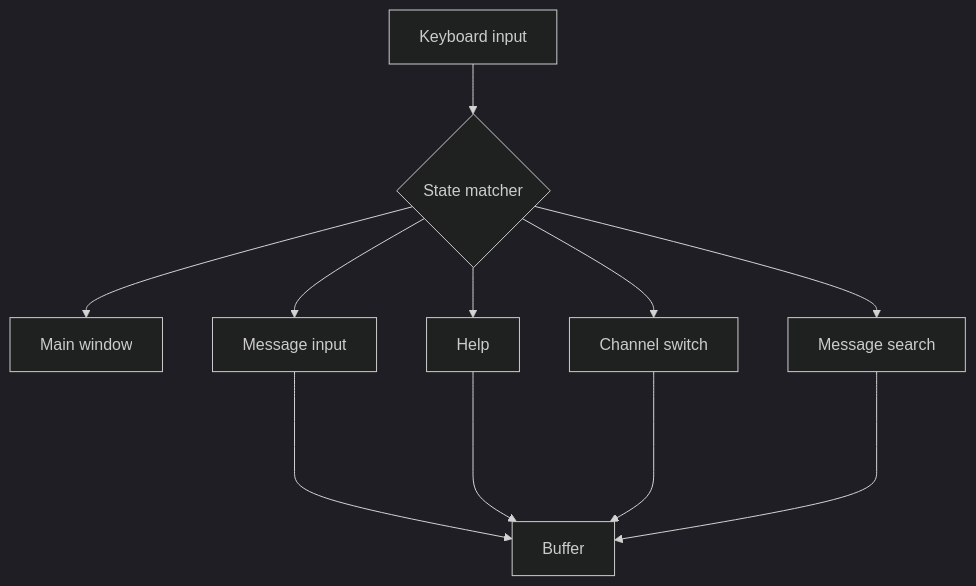
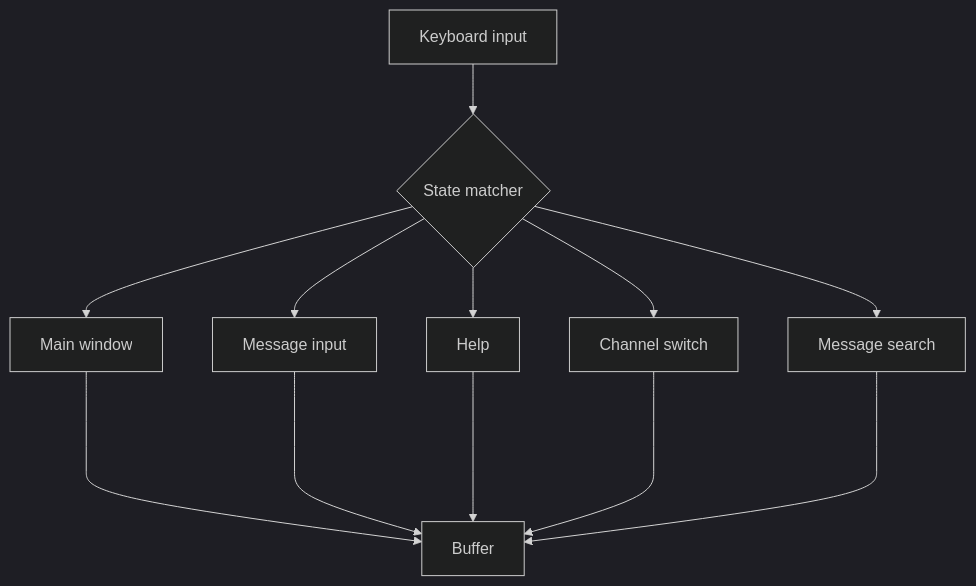
Before and after one commit to Xithrius/twitch-tui: the first of 2 diagrams in ARCHITECTURE.md, drawn with Mermaid (dark theme).

Commit message:
Fixed broken arrows

````diff
--- a/ARCHITECTURE.md
+++ b/ARCHITECTURE.md
@@ -5,13 +5,14 @@
 ```mermaid
 graph TD;
     A[Keyboard input] --> B{State matcher};
     B --> C[Main window];
     B --> D[Message input];
     B --> E[Help];
     B --> F[Channel switch];
     B --> G[Message search];
+    C ----> H[Buffer];
     D ----> H[Buffer];
     E ----> H[Buffer];
     F ----> H[Buffer];
     G ----> H[Buffer];
 ```
````
